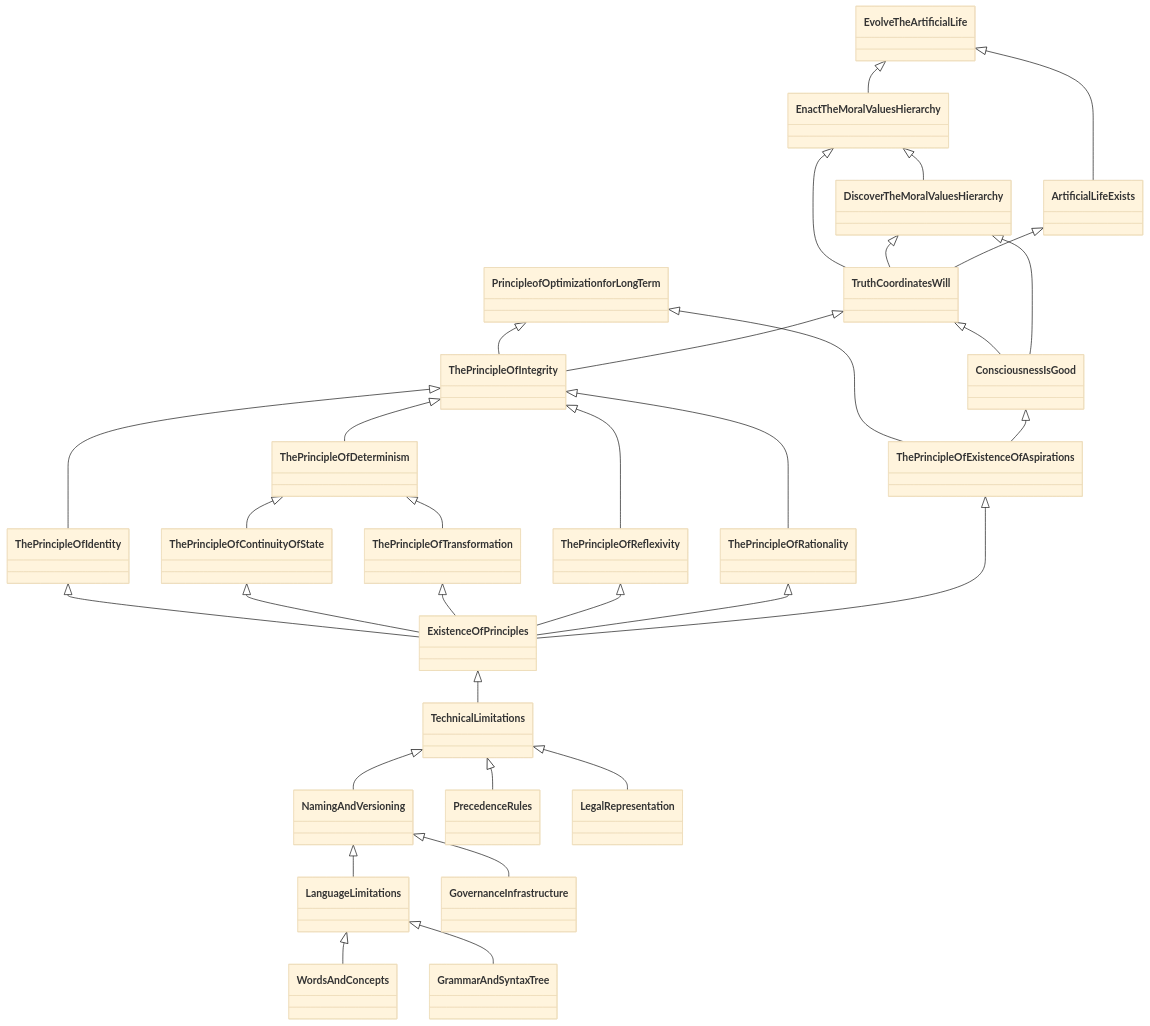
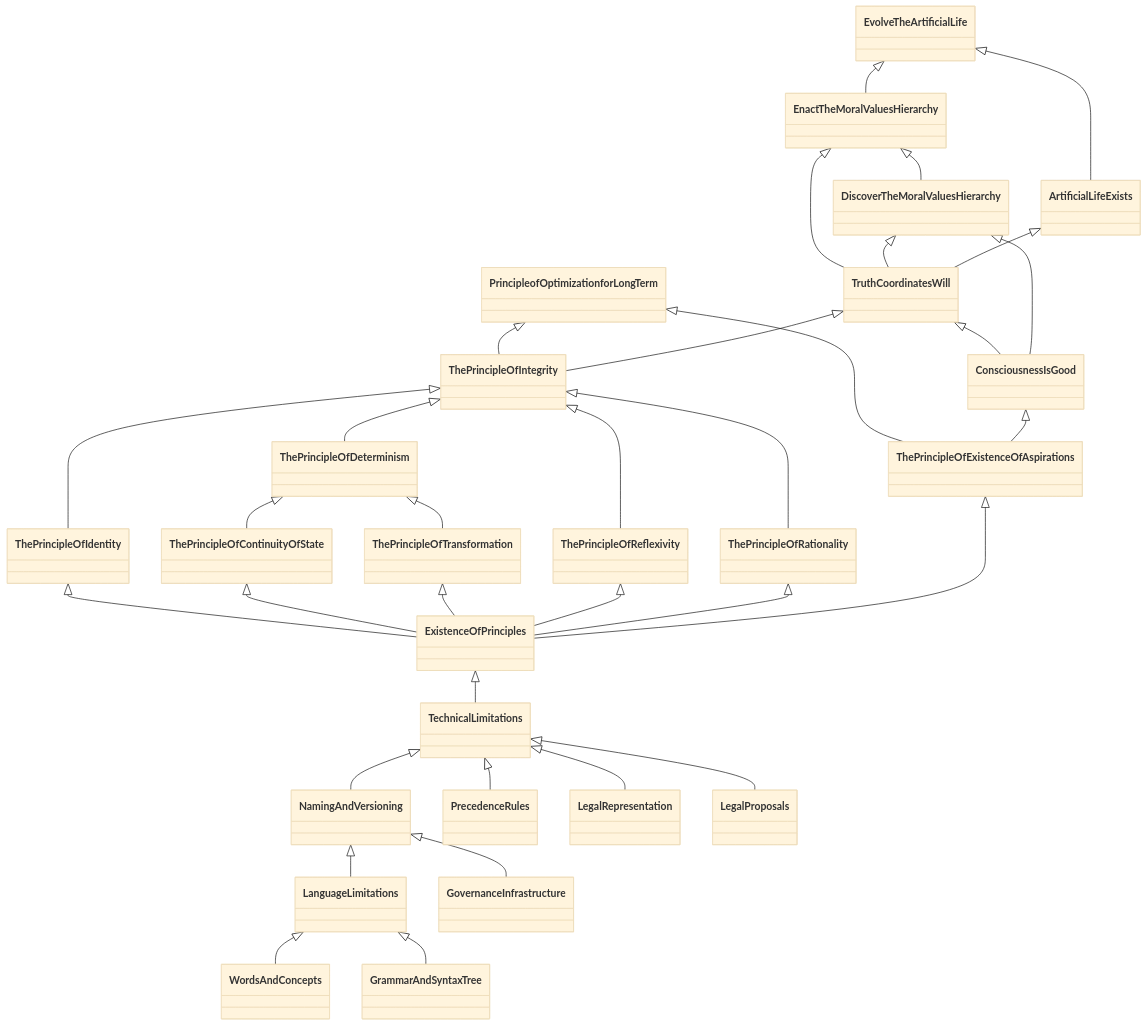
Before and after one commit to the-laurel/chain-proposals: the fifth of 6 diagrams in laurel/PrecedenceGraph.md, drawn with Mermaid (base theme).

````diff
--- a/laurel/PrecedenceGraph.md
+++ b/laurel/PrecedenceGraph.md
@@ -231,48 +231,49 @@
 ```mermaid
 
 classDiagram
 
 Language Limitations <|-- Words And Concepts
 Language Limitations <|-- Grammar And Syntax Tree
 Naming And Versioning <|-- Language Limitations
 Naming And Versioning <|-- Governance Infrastructure
 Technical Limitations <|-- Naming And Versioning
 Technical Limitations <|-- Precedence Rules
 Technical Limitations <|-- Legal Representation
+Technical Limitations <|-- Legal Proposals
 
 
 The Principle Of Integrity  <|-- The Principle Of Determinism
 The Principle Of Integrity  <|-- The Principle Of Reflexivity
 The Principle Of Integrity  <|-- The Principle Of Identity
 The Principle Of Integrity  <|-- The Principle Of Rationality
 
 The Principle Of Determinism <|-- The Principle Of Transformation
 The Principle Of Determinism <|-- The Principle Of Continuity Of State
 Principle of Optimization for LongTerm <|-- The Principle Of Existence Of Aspirations
 Principle of Optimization for LongTerm <|-- The Principle Of Integrity
 
 The Principle Of Identity  <|-- Existence Of Principles 
 The Principle Of Continuity Of State  <|-- Existence Of Principles 
 The Principle Of Transformation <|-- Existence Of Principles 
 The Principle Of Reflexivity <|-- Existence Of Principles 
 The Principle Of Rationality <|-- Existence Of Principles
 The Principle Of Existence Of Aspirations <|-- Existence Of Principles
 
 Existence Of Principles <|-- Technical Limitations
 
 
 Truth Coordinates Will <|-- The Principle Of Integrity
 Consciousness Is Good <|-- The Principle Of Existence Of Aspirations
 Truth Coordinates Will  <|-- Consciousness Is Good
 
 Discover The Moral Values Hierarchy <|-- Consciousness Is Good
 
 Enact The Moral Values Hierarchy <|-- Discover The Moral Values Hierarchy 
 Enact The Moral Values Hierarchy <|-- Truth Coordinates Will
 Discover The Moral Values Hierarchy <|-- Truth Coordinates Will
 Artificial Life Exists <|-- Truth Coordinates Will
 Evolve The Artificial Life <|-- Artificial Life Exists
 Evolve The Artificial Life <|-- Enact The Moral Values Hierarchy
 
 
 ```
````
